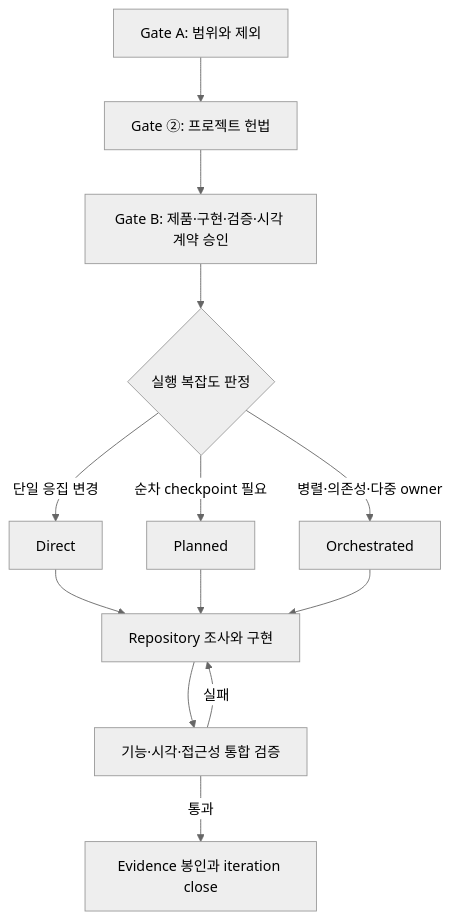
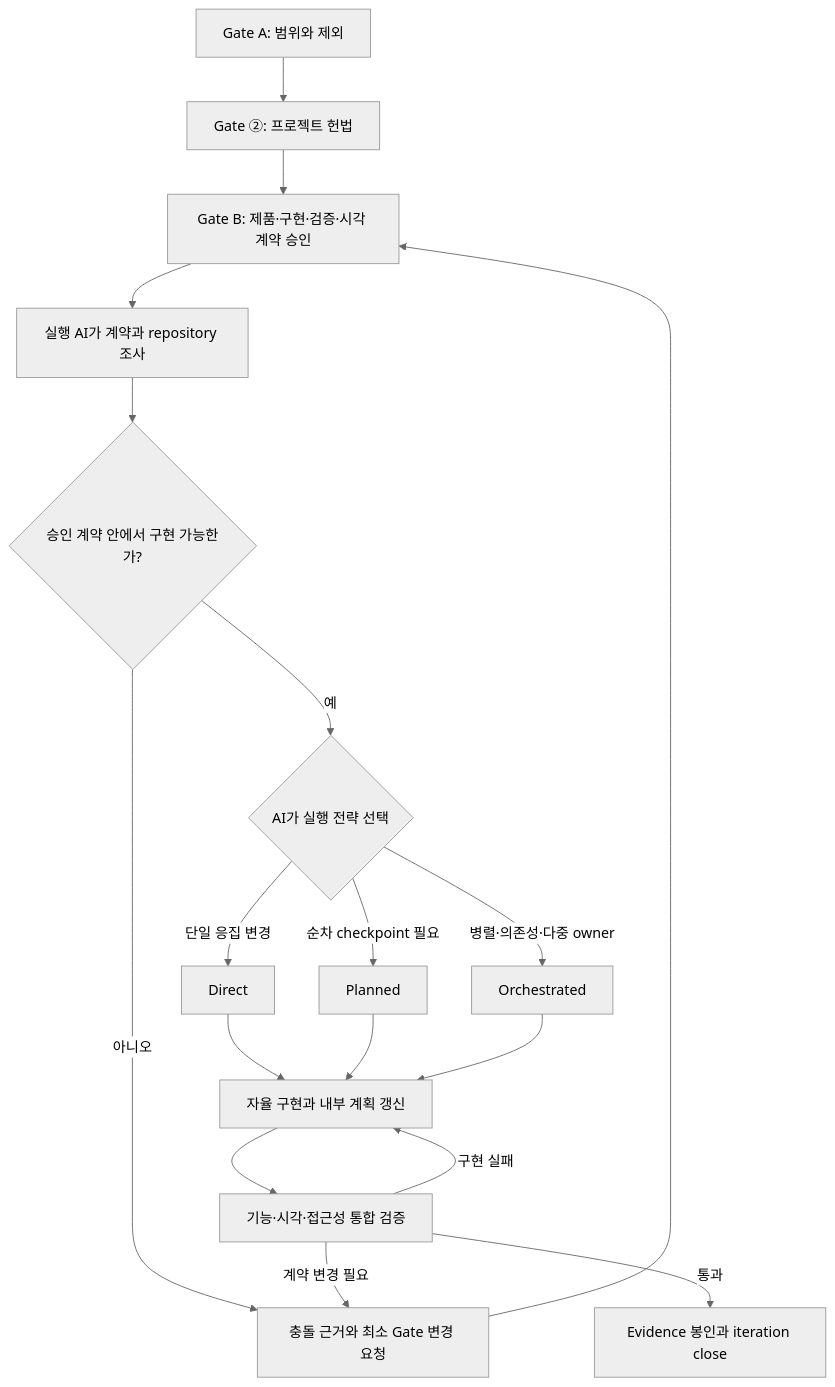
One commit to silbaram/plan2agent changed the diagram in docs/gate-driven-adaptive-execution-proposal.md. Above: the diagram before and after it, drawn with Mermaid (neutral theme). The commit also changed other lines of this file and 1 other file, not shown here.

````diff
--- a/docs/gate-driven-adaptive-execution-proposal.md
+++ b/docs/gate-driven-adaptive-execution-proposal.md
@@ -125,15 +185,20 @@
 ```mermaid
 flowchart TD
     A[Gate A: 범위와 제외] --> S[Gate ②: 프로젝트 헌법]
     S --> B[Gate B: 제품·구현·검증·시각 계약 승인]
-    B --> R{실행 복잡도 판정}
+    B --> E[실행 AI가 계약과 repository 조사]
+    E --> Q{승인 계약 안에서 구현 가능한가?}
+    Q -->|아니오| G[충돌 근거와 최소 Gate 변경 요청]
+    G --> B
+    Q -->|예| R{AI가 실행 전략 선택}
     R -->|단일 응집 변경| D[Direct]
     R -->|순차 checkpoint 필요| P[Planned]
     R -->|병렬·의존성·다중 owner| O[Orchestrated]
-    D --> I[Repository 조사와 구현]
+    D --> I[자율 구현과 내부 계획 갱신]
     P --> I
     O --> I
     I --> V[기능·시각·접근성 통합 검증]
-    V -->|실패| I
+    V -->|구현 실패| I
+    V -->|계약 변경 필요| G
     V -->|통과| C[Evidence 봉인과 iteration close]
 ```
````
